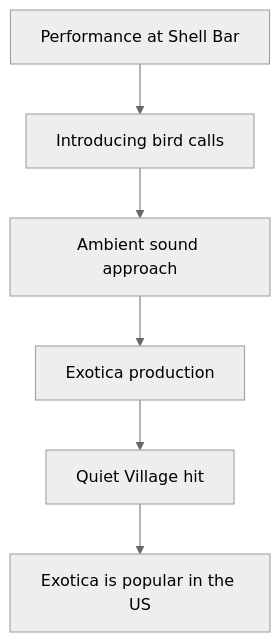
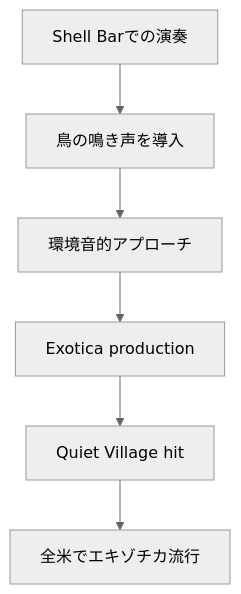
Before and after one commit to monumental-movement/monumental-movement.github.io: the second of 8 diagrams in en/_posts/2026-05-24-column-martin-denny.md, drawn with Mermaid (neutral theme). The commit also changed other lines of this file and 2196 other files, not shown here.

```diff
--- a/en/_posts/2026-05-24-column-martin-denny.md
+++ b/en/_posts/2026-05-24-column-martin-denny.md
@@ -107,8 +107,8 @@
 <div class="mermaid">
 flowchart TD
-A[Performance at Shell Bar] --> B[Introducing bird calls]
-B --> C[Ambient sound approach]
+A[Shell Barでの演奏] --> B[鳥の鳴き声を導入]
+B --> C[環境音的アプローチ]
 C --> D[Exotica production]
 D --> E[Quiet Village hit]
-E --> F[Exotica is popular in the US]
+E --> F[全米でエキゾチカ流行]
 </div>
```
